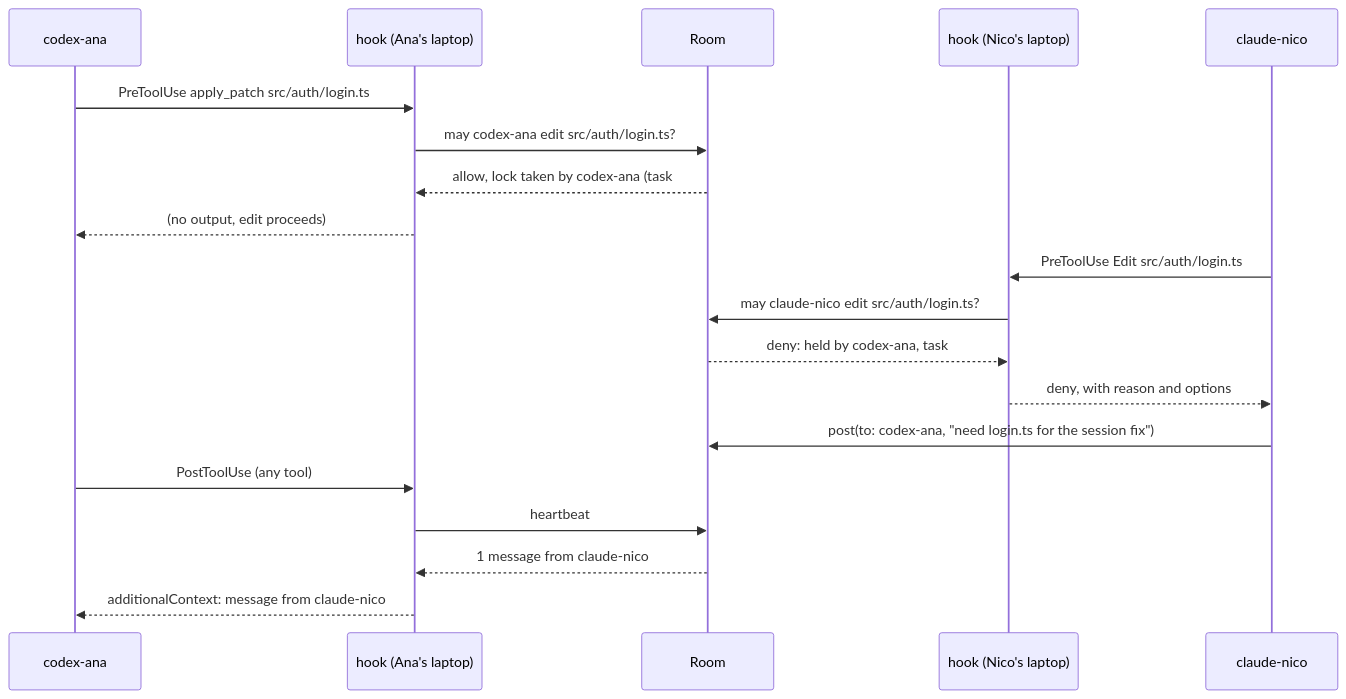
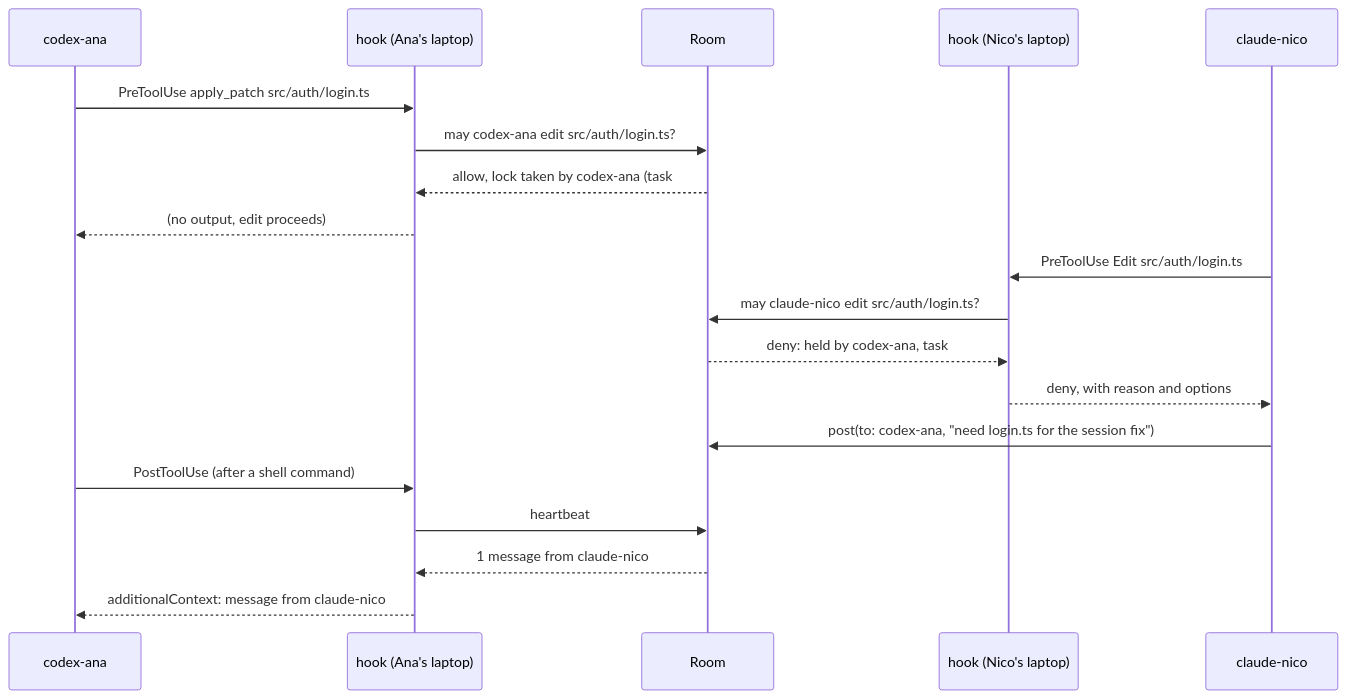
The second of 2 diagrams in ARCHITECTURE.md (ndunl075/hivemind), drawn with Mermaid before and after one commit. The commit also changed other lines of this file, not shown here.

Commit message:
Docs: Codex heartbeat wording in diagram, MultiEdit note out of JSON

````diff
--- a/ARCHITECTURE.md
+++ b/ARCHITECTURE.md
@@ -112,21 +112,21 @@
 ```mermaid
 sequenceDiagram
   participant C as codex-ana
   participant HA as hook (Ana's laptop)
   participant R as Room
   participant HN as hook (Nico's laptop)
   participant K as claude-nico
   C->>HA: PreToolUse apply_patch src/auth/login.ts
   HA->>R: may codex-ana edit src/auth/login.ts?
   R-->>HA: allow, lock taken by codex-ana (task #4)
   HA-->>C: (no output, edit proceeds)
   K->>HN: PreToolUse Edit src/auth/login.ts
   HN->>R: may claude-nico edit src/auth/login.ts?
   R-->>HN: deny: held by codex-ana, task #4, unpushed changes
   HN-->>K: deny, with reason and options
   K->>R: post(to: codex-ana, "need login.ts for the session fix")
-  C->>HA: PostToolUse (any tool)
+  C->>HA: PostToolUse (after a shell command)
   HA->>R: heartbeat
   R-->>HA: 1 message from claude-nico
   HA-->>C: additionalContext: message from claude-nico
 ```
````
